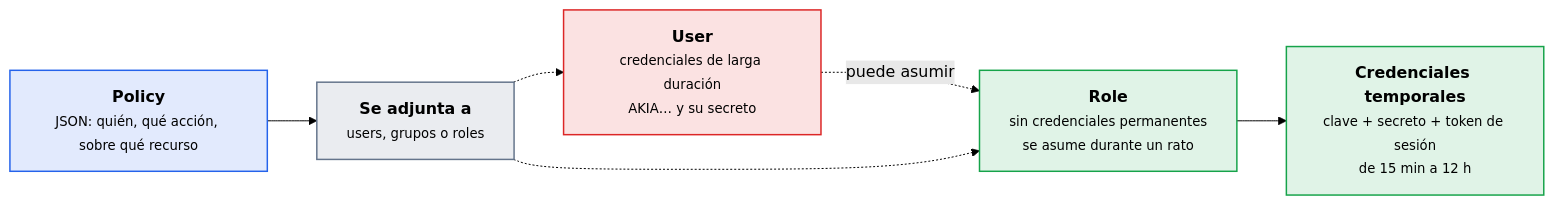
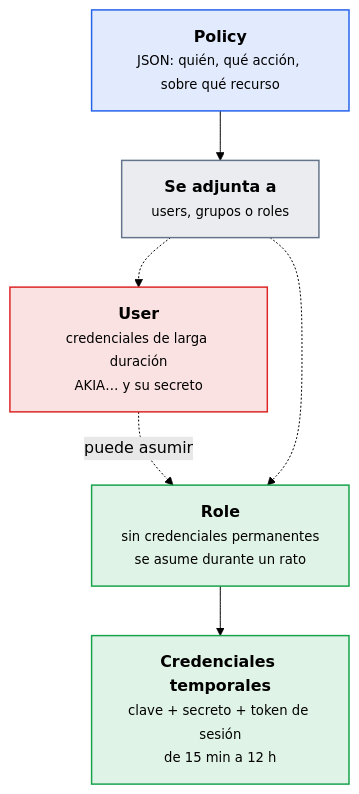
Before and after one commit to victor-educ/apuntes-5166: the second of 5 diagrams in docs/ut/ut4-nube-publica.md, drawn with Mermaid (forest theme). The commit also changed other lines of this file and 15 other files, not shown here.

````diff
--- a/docs/ut/ut4-nube-publica.md
+++ b/docs/ut/ut4-nube-publica.md
@@ -161,19 +163,19 @@
 ```mermaid
-flowchart LR
+flowchart TB
     U["<b>User</b><br><small>credenciales de larga duración<br>AKIA… y su secreto</small>"]:::riesgo
     R["<b>Role</b><br><small>sin credenciales permanentes<br>se asume durante un rato</small>"]:::ok
     TMP["<b>Credenciales temporales</b><br><small>clave + secreto + token de sesión<br>de 15 min a 12 h</small>"]:::ok
     POL["<b>Policy</b><br><small>JSON: quién, qué acción, sobre qué recurso</small>"]:::dato
     QUIEN["<b>Se adjunta a</b><br><small>users, grupos o roles</small>"]:::pieza
     U -. "puede asumir" .-> R
     R --> TMP
     POL --> QUIEN
     QUIEN -.-> U
     QUIEN -.-> R
     classDef act fill:#ea580c22,stroke:#ea580c,stroke-width:1.5px
     classDef pieza fill:#64748b22,stroke:#64748b,stroke-width:1.5px
     classDef dato fill:#2563eb22,stroke:#2563eb,stroke-width:1.5px
     classDef infra fill:#a1a1aa14,stroke:#a1a1aa,stroke-width:1.5px
     classDef ok fill:#16a34a22,stroke:#16a34a,stroke-width:1.5px
     classDef riesgo fill:#dc262622,stroke:#dc2626,stroke-width:1.5px
 ```
````
